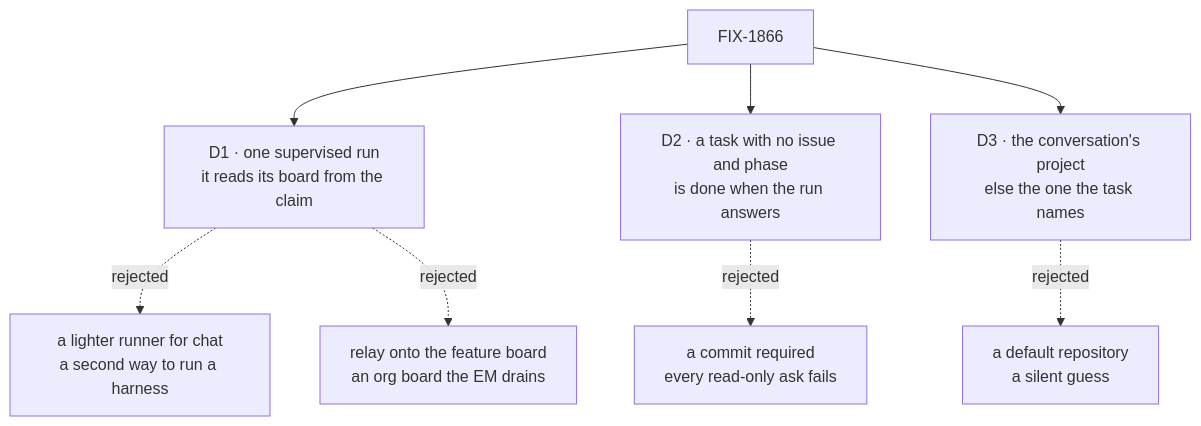
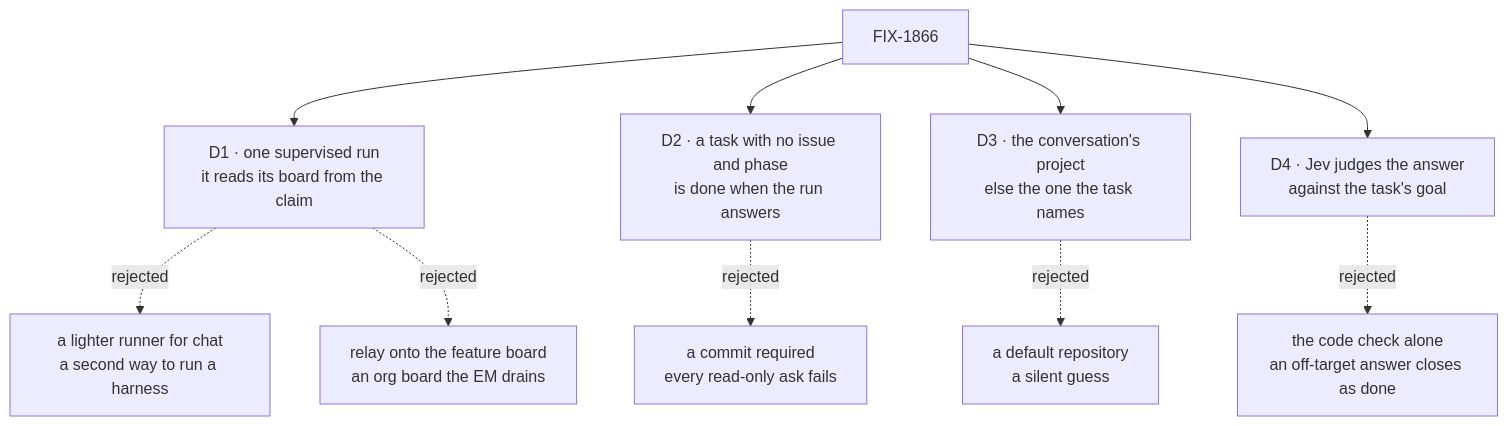
The diagram in specs/issues/FIX-1866/DECISIONS.md (fixpoint-labs/flow-state-dev), drawn with Mermaid before and after one commit. The commit also changed other lines of this file and 5 other files, not shown here.

First line of the commit message:
spec(FIX-1866): Jev judges a conversation task's answer (D4)

````diff
--- a/specs/issues/FIX-1866/DECISIONS.md
+++ b/specs/issues/FIX-1866/DECISIONS.md
@@ -10,10 +10,12 @@
 ```mermaid
 flowchart TD
   I["FIX-1866"] --> D1["D1 · one supervised run<br/>it reads its board from the claim"]
   D1 -.->|"rejected"| X1["a lighter runner for chat<br/>a second way to run a harness"]
   D1 -.->|"rejected"| X1b["relay onto the feature board<br/>an org board the EM drains"]
   I --> D2["D2 · a task with no issue and phase<br/>is done when the run answers"]
   D2 -.->|"rejected"| X2["a commit required<br/>every read-only ask fails"]
   I --> D3["D3 · the conversation's project<br/>else the one the task names"]
   D3 -.->|"rejected"| X3["a default repository<br/>a silent guess"]
+  I --> D4["D4 · Jev judges the answer<br/>against the task's goal"]
+  D4 -.->|"rejected"| X4["the code check alone<br/>an off-target answer closes as done"]
 ```
````
